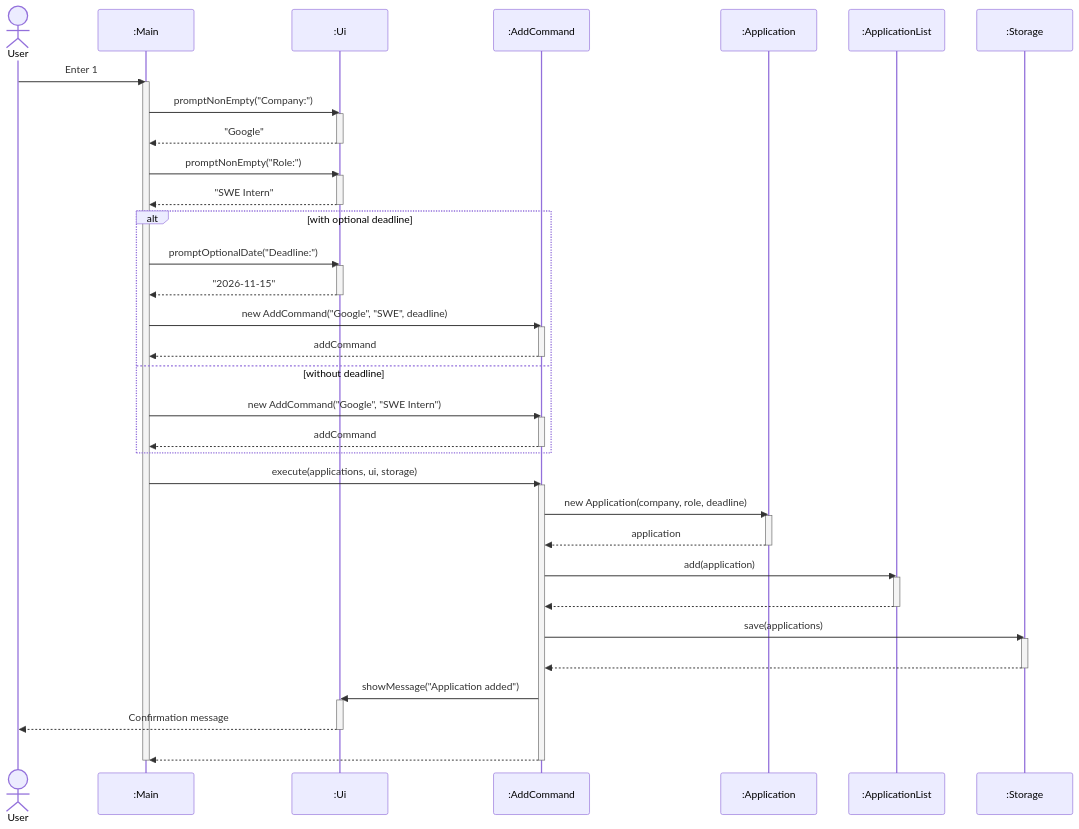
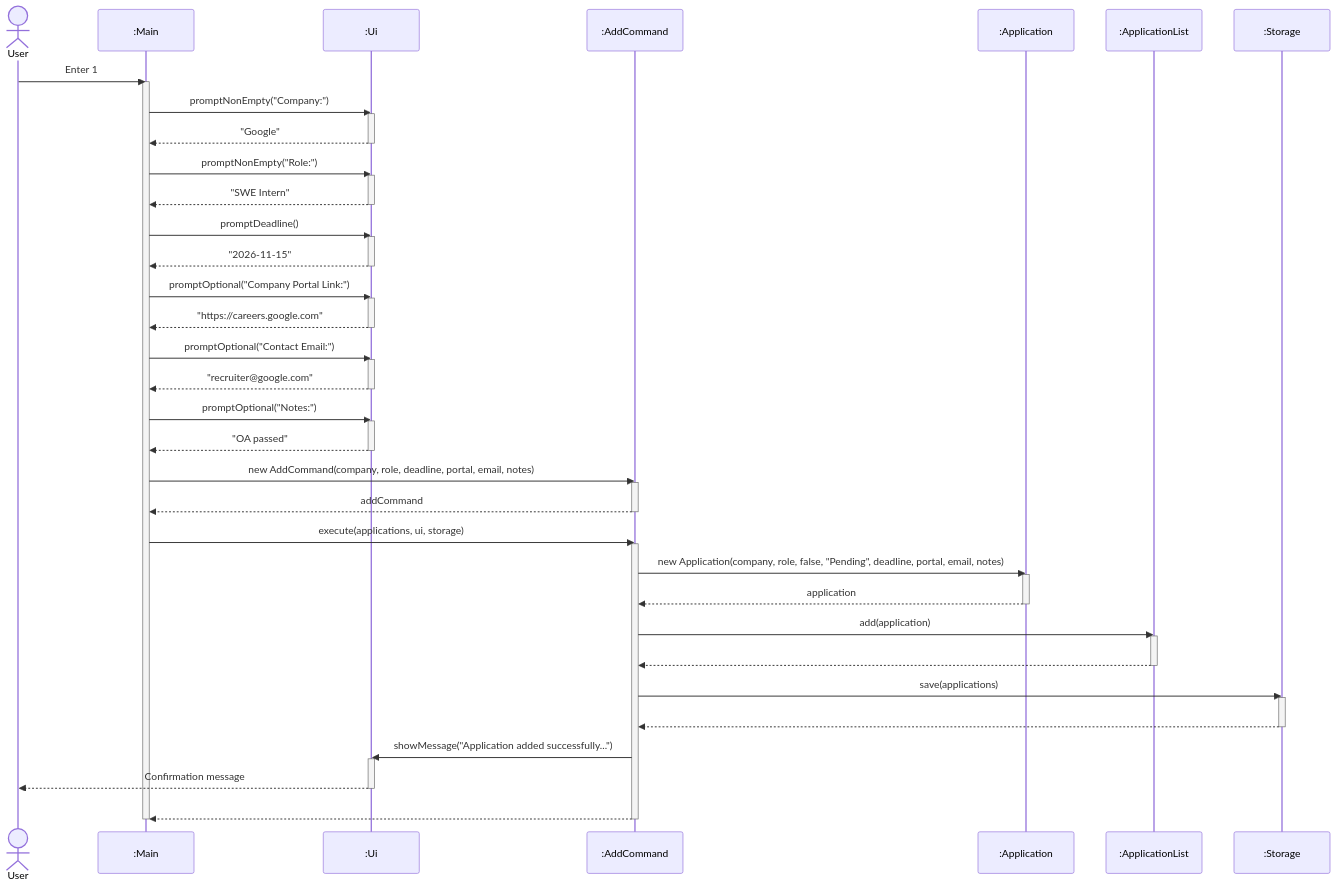
One commit to AY2627S1-CS2113-T10-2/tp changed the seventh of 22 diagrams in docs/DeveloperGuide.md. Above: the diagram before and after it, drawn with Mermaid. The commit also changed other lines of this file and 13 other files, not shown here.

First line of the commit message:
feat: add optional company portal link, email, and notes to add/edit features

````diff
--- a/docs/DeveloperGuide.md
+++ b/docs/DeveloperGuide.md
@@ -336,63 +352,68 @@
 ```mermaid
 ---
 config:
   themeCSS: ".actor-line { stroke-dasharray: 4, 4 !important; } line.loopLine:not([style*='stroke-dasharray']) { stroke-dasharray: none !important; }"
 ---
 sequenceDiagram
     actor user as User
     participant main as :Main
     participant ui as :Ui
     participant cmd as :AddCommand
     participant app as :Application
     participant list as :ApplicationList
     participant storage as :Storage
 
     user->>main: Enter 1
     activate main
     main->>ui: promptNonEmpty("Company:")
     activate ui
     ui-->>main: "Google"
     deactivate ui
     main->>ui: promptNonEmpty("Role:")
     activate ui
     ui-->>main: "SWE Intern"
     deactivate ui
+    main->>ui: promptDeadline()
+    activate ui
+    ui-->>main: "2026-11-15"
+    deactivate ui
+    main->>ui: promptOptional("Company Portal Link:")
+    activate ui
+    ui-->>main: "https://careers.google.com"
+    deactivate ui
+    main->>ui: promptOptional("Contact Email:")
+    activate ui
+    ui-->>main: "recruiter@google.com"
+    deactivate ui
+    main->>ui: promptOptional("Notes:")
+    activate ui
+    ui-->>main: "OA passed"
+    deactivate ui
 
-    alt with optional deadline
-        main->>ui: promptOptionalDate("Deadline:")
-        activate ui
-        ui-->>main: "2026-11-15"
-        deactivate ui
-        main->>cmd: new AddCommand("Google", "SWE", deadline)
-        activate cmd
-        cmd-->>main: addCommand
-        deactivate cmd
-    else without deadline
-        main->>cmd: new AddCommand("Google", "SWE Intern")
-        activate cmd
-        cmd-->>main: addCommand
-        deactivate cmd
-    end
+    main->>cmd: new AddCommand(company, role, deadline, portal, email, notes)
+    activate cmd
+    cmd-->>main: addCommand
+    deactivate cmd
 
     main->>cmd: execute(applications, ui, storage)
     activate cmd
-    cmd->>app: new Application(company, role, deadline)
+    cmd->>app: new Application(company, role, false, "Pending", deadline, portal, email, notes)
     activate app
     app-->>cmd: application
     deactivate app
     cmd->>list: add(application)
     activate list
     list-->>cmd: ​
     deactivate list
     cmd->>storage: save(applications)
     activate storage
     storage-->>cmd: ​
     deactivate storage
-    cmd->>ui: showMessage("Application added")
+    cmd->>ui: showMessage("Application added successfully...")
     activate ui
     ui-->>user: Confirmation message
     deactivate ui
     cmd-->>main: ​
     deactivate cmd
     deactivate main
 ```
````
